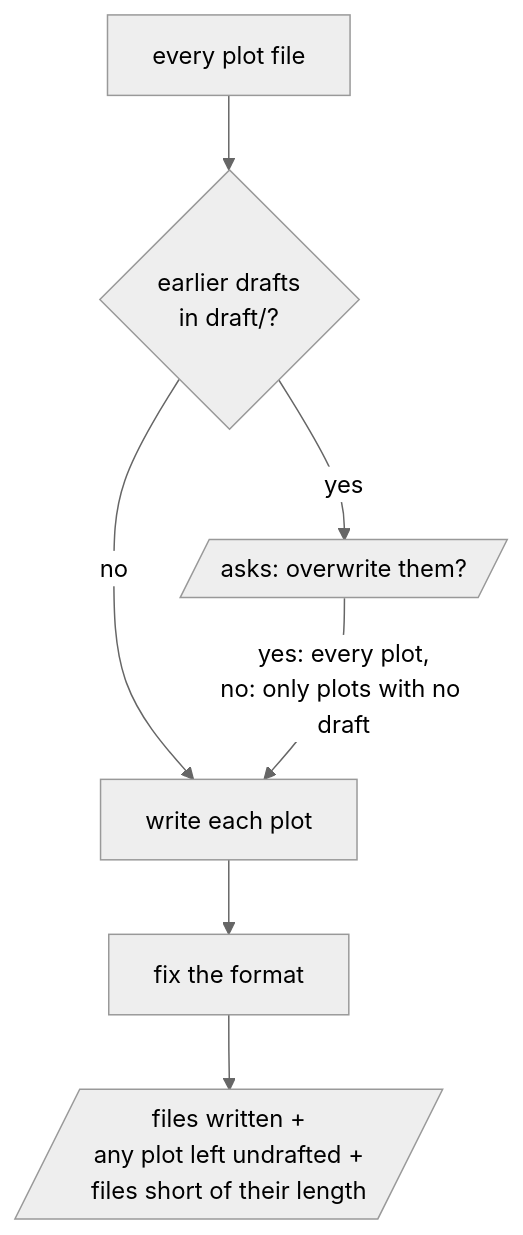
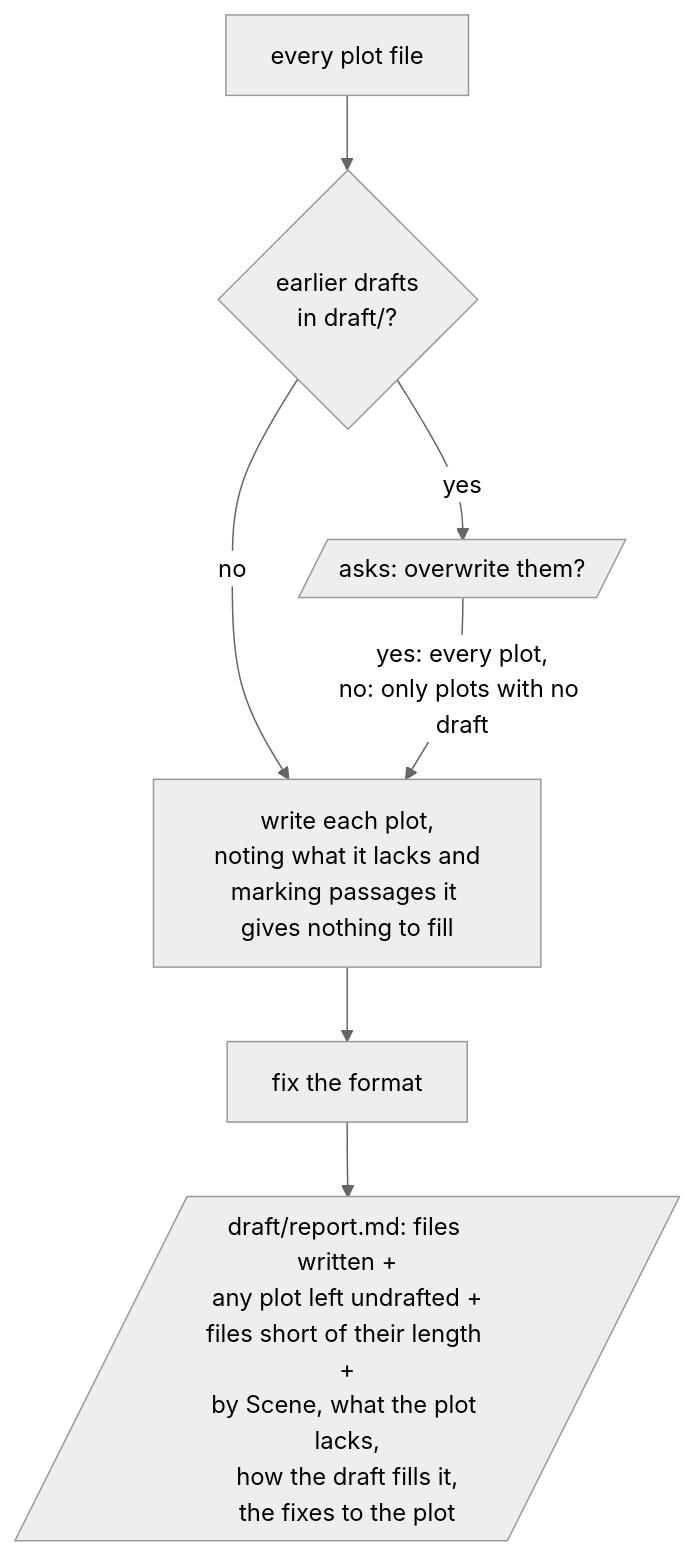
One commit to omni-stove/skill-kit changed the diagram in domains/story/skills/draft-all/README.md. Above: the diagram before and after it, drawn with Mermaid (neutral theme). The commit also changed 28 other files, not shown here.

````diff
--- a/domains/story/skills/draft-all/README.md
+++ b/domains/story/skills/draft-all/README.md
@@ -3,9 +3,9 @@
 ```mermaid
 flowchart TD
   input[every plot file] --> exists{earlier drafts<br/>in draft/?}
   exists -- "yes" --> ask[/asks: overwrite them?/]
   exists -- "no" --> write
-  ask -- "yes: every plot,<br/>no: only plots with no draft" --> write[write each plot]
+  ask -- "yes: every plot,<br/>no: only plots with no draft" --> write[write each plot,<br/>noting what it lacks and<br/>marking passages it gives nothing to fill]
   write --> format[fix the format]
-  format --> done[/"files written +<br/>any plot left undrafted +<br/>files short of their length"/]
+  format --> done[/"draft/report.md: files written +<br/>any plot left undrafted +<br/>files short of their length +<br/>by Scene, what the plot lacks,<br/>how the draft fills it,<br/>the fixes to the plot"/]
 ```
````
